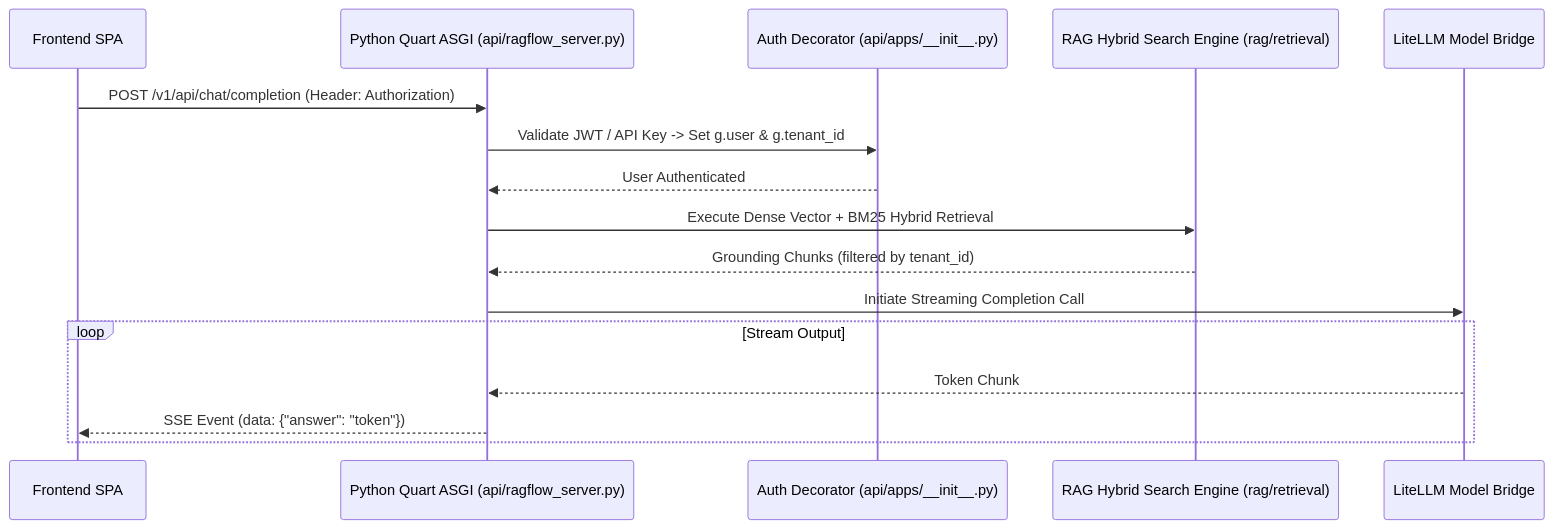
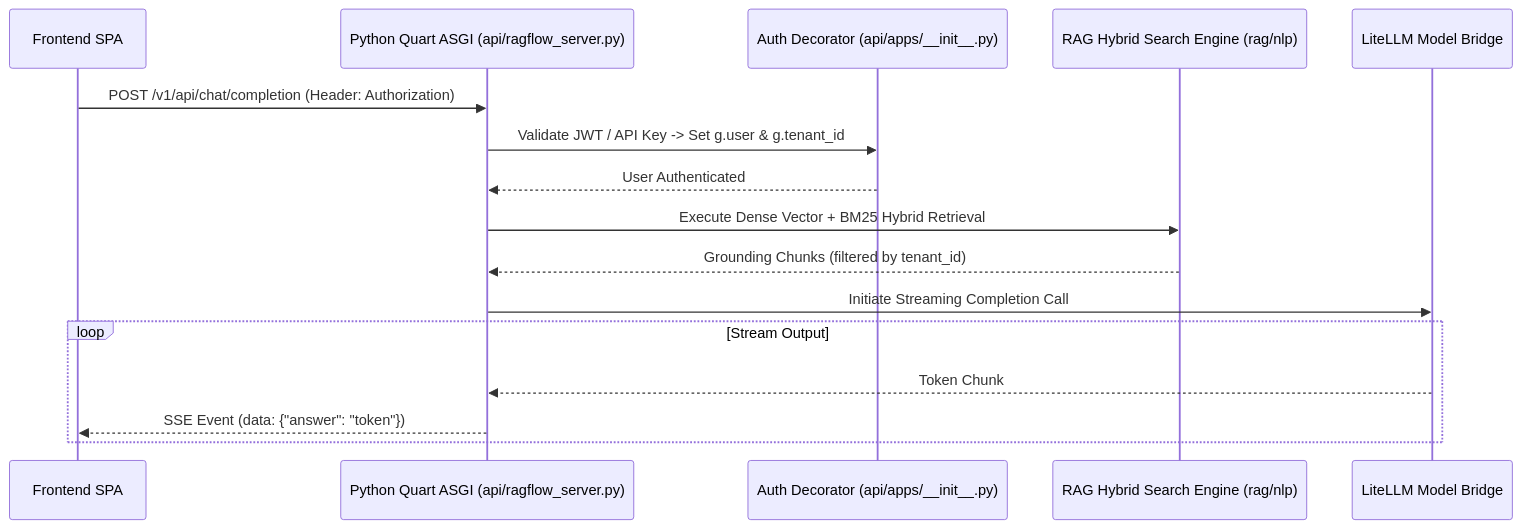
Before and after one commit to 6sLOGAN78/devRAG: the second of 2 diagrams in ragflow-docs/04-api/api-call-flow.md, drawn with Mermaid. The commit also changed 67 other files, not shown here.

````diff
--- a/ragflow-docs/04-api/api-call-flow.md
+++ b/ragflow-docs/04-api/api-call-flow.md
@@ -31,20 +31,20 @@
 ```mermaid
 sequenceDiagram
     participant Client as Frontend SPA
     participant Quart as Python Quart ASGI (api/ragflow_server.py)
     participant Auth as Auth Decorator (api/apps/__init__.py)
-    participant RAG as RAG Hybrid Search Engine (rag/retrieval)
+    participant RAG as RAG Hybrid Search Engine (rag/nlp)
     participant LLM as LiteLLM Model Bridge
 
     Client->>Quart: POST /v1/api/chat/completion (Header: Authorization)
     Quart->>Auth: Validate JWT / API Key -> Set g.user & g.tenant_id
     Auth-->>Quart: User Authenticated
     Quart->>RAG: Execute Dense Vector + BM25 Hybrid Retrieval
     RAG-->>Quart: Grounding Chunks (filtered by tenant_id)
     Quart->>LLM: Initiate Streaming Completion Call
     
     loop Stream Output
         LLM-->>Quart: Token Chunk
         Quart-->>Client: SSE Event (data: {"answer": "token"})
     end
 ```
````
